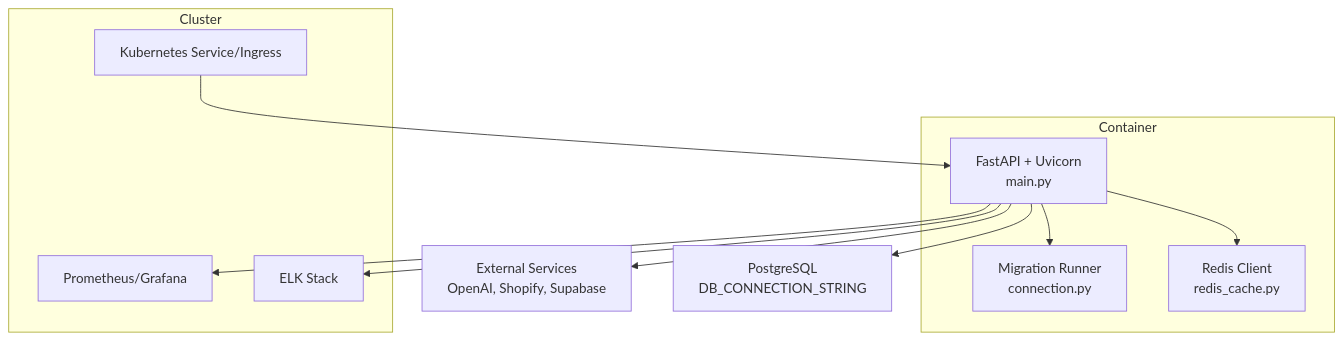
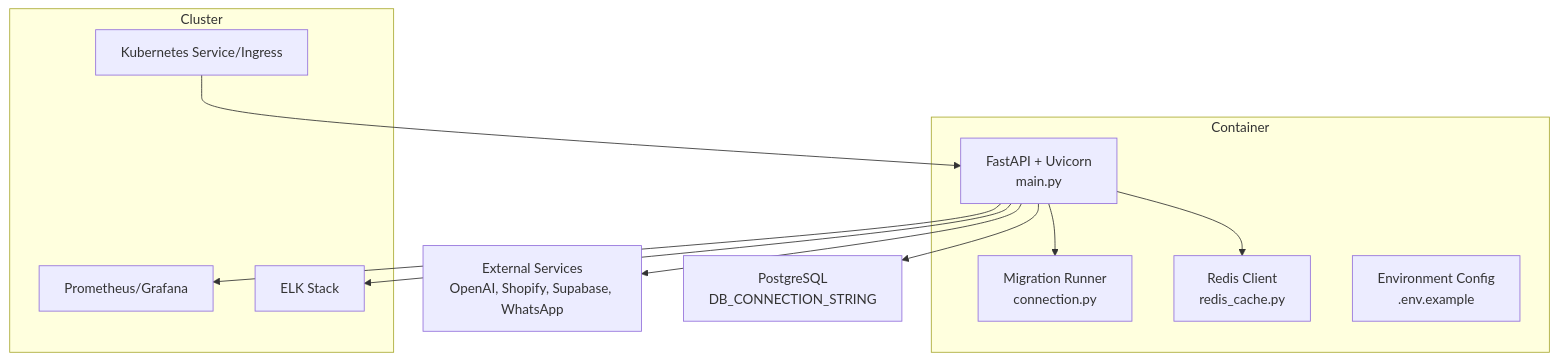
The second of 4 diagrams in .qoder/repowiki/en/content/Deployment & Operations/Containerization & Deployment.md (Muhammad-Masood/tijarah-ai-backend), drawn with Mermaid before and after one commit. The commit also changed other lines of this file and 3 other files, not shown here.

````diff
--- a/.qoder/repowiki/en/content/Deployment & Operations/Containerization & Deployment.md
+++ b/.qoder/repowiki/en/content/Deployment & Operations/Containerization & Deployment.md
@@ -87,22 +97,23 @@
 ```mermaid
 graph TB
 subgraph "Container"
 API["FastAPI + Uvicorn<br/>main.py"]
 MIG["Migration Runner<br/>connection.py"]
 REDIS["Redis Client<br/>redis_cache.py"]
+ENV["Environment Config<br/>.env.example"]
 end
 subgraph "Cluster"
 K8S["Kubernetes Service/Ingress"]
 MON["Prometheus/Grafana"]
 LOG["ELK Stack"]
 end
-EXT["External Services<br/>OpenAI, Shopify, Supabase"]
+EXT["External Services<br/>OpenAI, Shopify, Supabase, WhatsApp"]
 DB["PostgreSQL<br/>DB_CONNECTION_STRING"]
 K8S --> API
 API --> MIG
 API --> REDIS
 API --> DB
 API --> EXT
 API --> MON
 API --> LOG
 ```
````
